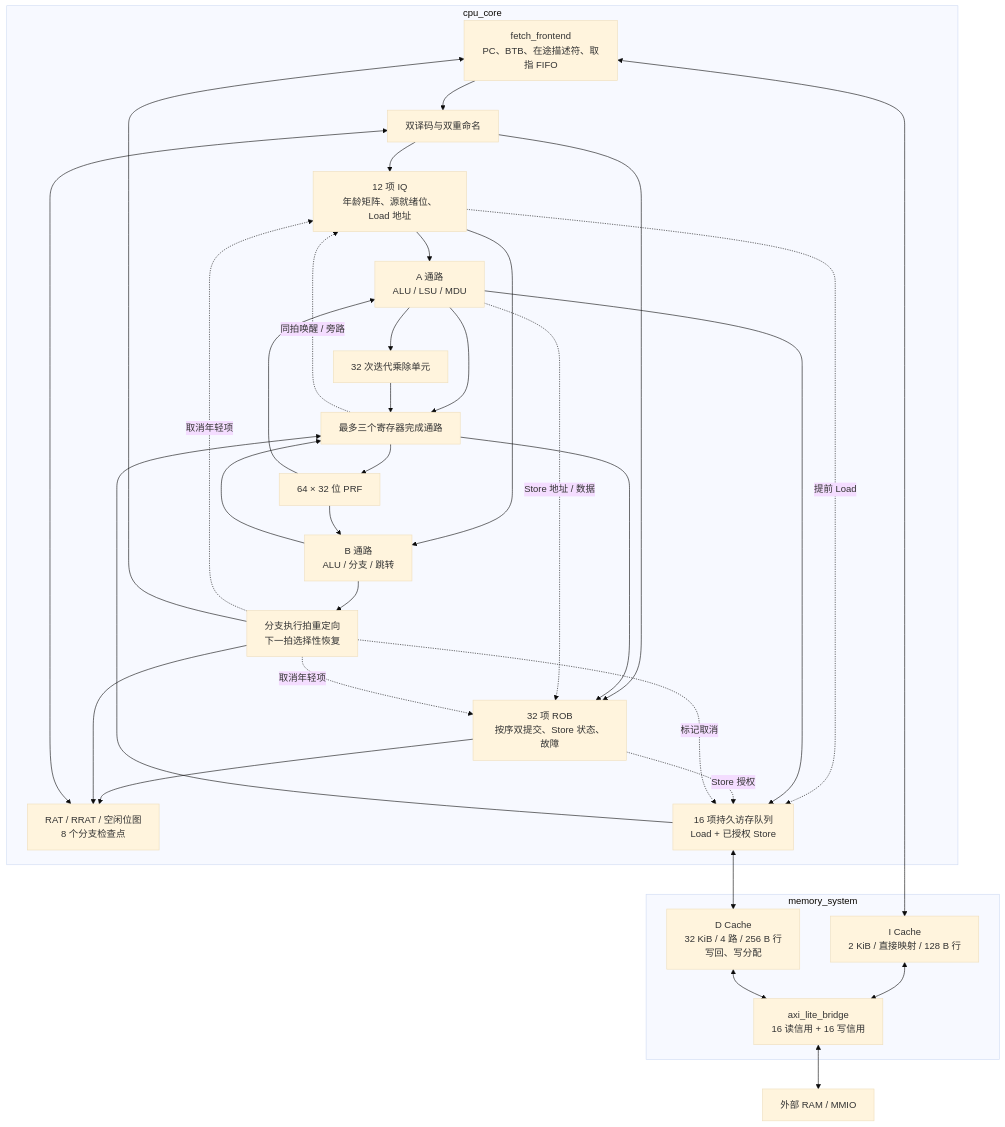
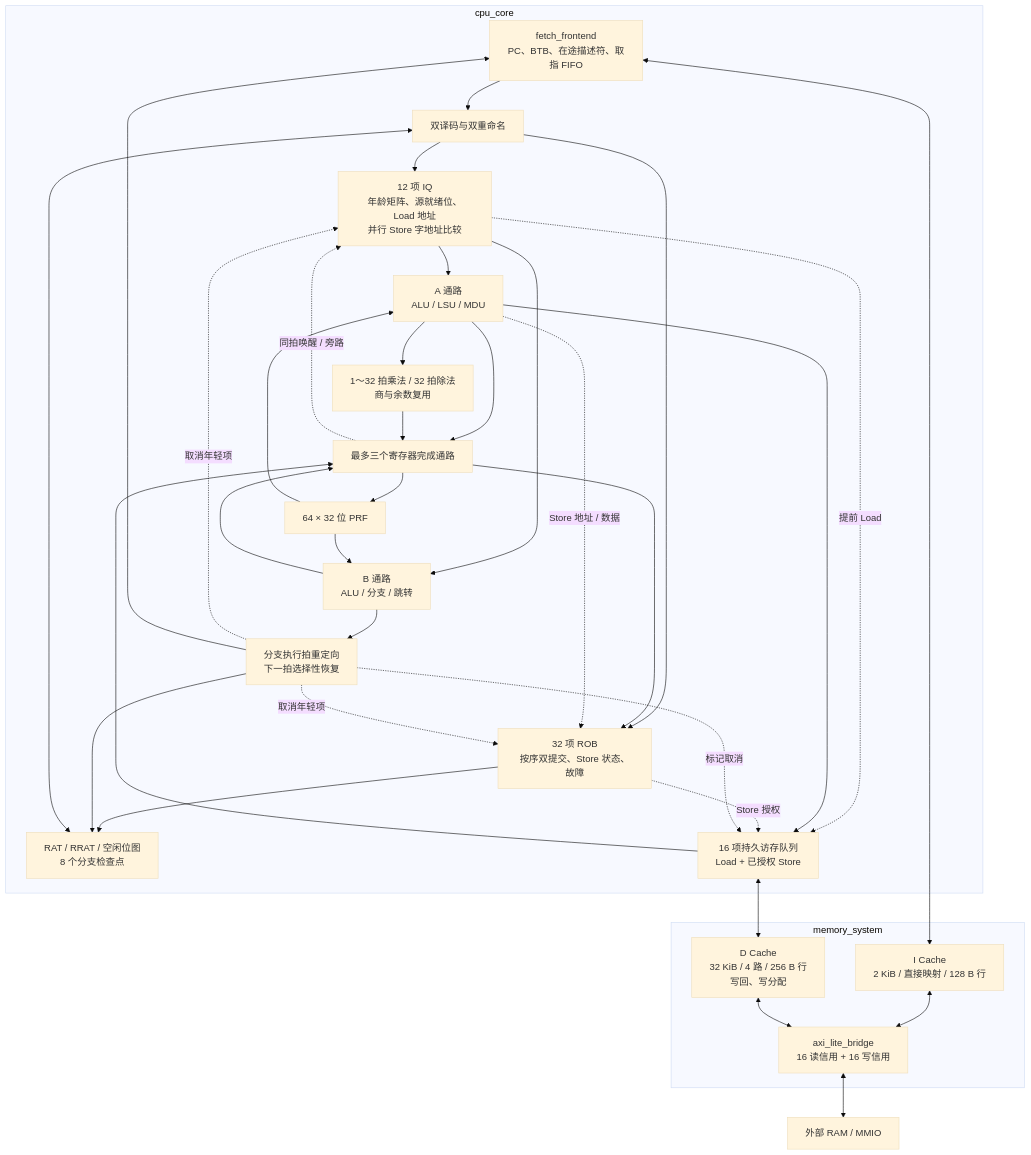
One commit to GIFBMP/RISC-V-CPU-2026 changed the first of 3 diagrams in docs/arch.md. Above: the diagram before and after it, drawn with Mermaid (base theme). The commit also changed other lines of this file and 12 other files, not shown here.

````diff
--- a/docs/arch.md
+++ b/docs/arch.md
@@ -72,54 +72,54 @@
 ```mermaid
 flowchart TB
     subgraph CORE["cpu_core"]
         FE["fetch_frontend<br/>PC、BTB、在途描述符、取指 FIFO"]
         DEC["双译码与双重命名"]
         MAP["RAT / RRAT / 空闲位图<br/>8 个分支检查点"]
-        IQ["12 项 IQ<br/>年龄矩阵、源就绪位、Load 地址"]
+        IQ["12 项 IQ<br/>年龄矩阵、源就绪位、Load 地址<br/>并行 Store 字地址比较"]
         PRF["64 × 32 位 PRF"]
         A["A 通路<br/>ALU / LSU / MDU"]
         B["B 通路<br/>ALU / 分支 / 跳转"]
-        MDU["32 次迭代乘除单元"]
+        MDU["1～32 拍乘法 / 32 拍除法<br/>商与余数复用"]
         WB["最多三个寄存器完成通路"]
         ROB["32 项 ROB<br/>按序双提交、Store 状态、故障"]
         MQ["16 项持久访存队列<br/>Load + 已授权 Store"]
         REC["分支执行拍重定向<br/>下一拍选择性恢复"]
         FE --> DEC
         MAP <--> DEC
         DEC --> IQ
         DEC --> ROB
         IQ --> A
         IQ --> B
         PRF --> A
         PRF --> B
         A --> MDU
         A --> WB
         B --> WB
         MDU --> WB
         MQ --> WB
         WB --> PRF
         WB --> ROB
         WB -. "同拍唤醒 / 旁路" .-> IQ
         IQ -. "提前 Load" .-> MQ
         A --> MQ
         A -. "Store 地址 / 数据" .-> ROB
         ROB -. "Store 授权" .-> MQ
         ROB --> MAP
         B --> REC
         REC --> MAP
         REC -. "取消年轻项" .-> ROB
         REC -. "取消年轻项" .-> IQ
         REC -. "标记取消" .-> MQ
         REC --> FE
     end
     subgraph MEMORY["memory_system"]
         IC["I Cache<br/>2 KiB / 直接映射 / 128 B 行"]
         DC["D Cache<br/>32 KiB / 4 路 / 256 B 行<br/>写回、写分配"]
         AXI["axi_lite_bridge<br/>16 读信用 + 16 写信用"]
         IC <--> AXI
         DC <--> AXI
     end
     FE <--> IC
     MQ <--> DC
     AXI <--> RAM["外部 RAM / MMIO"]
 ```
````
